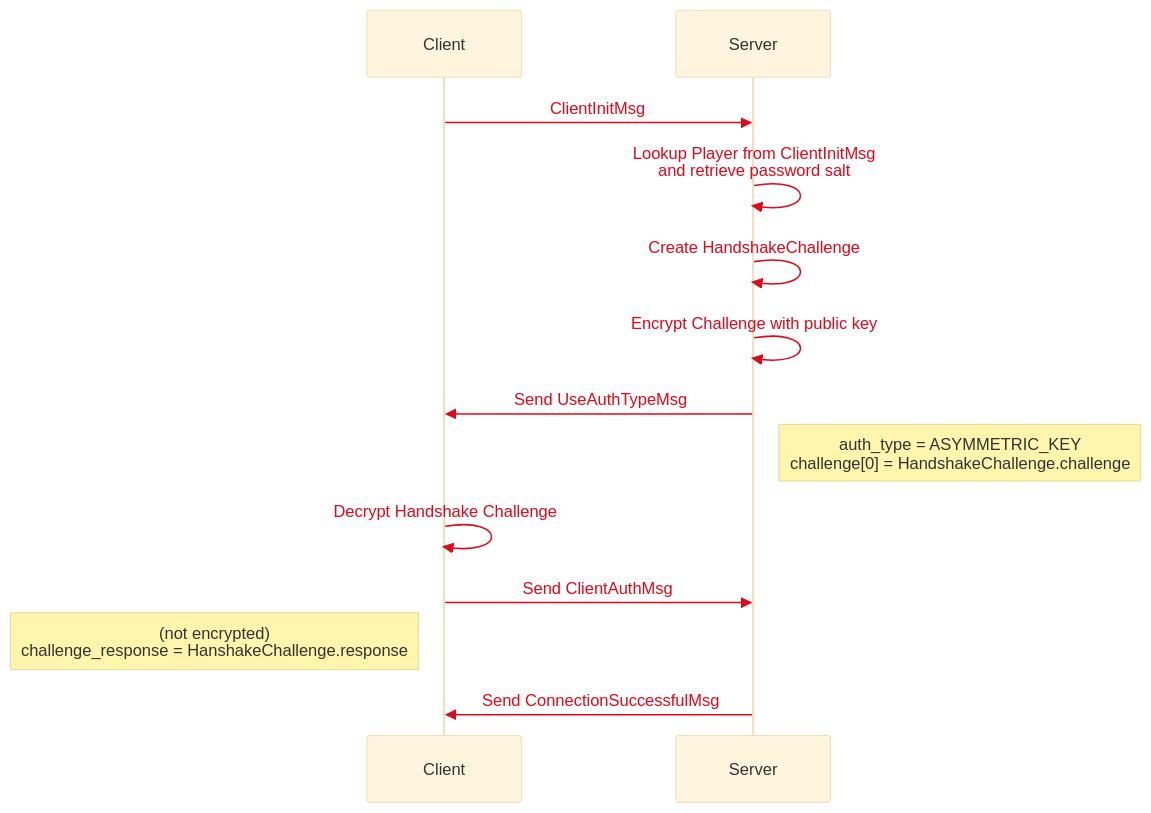
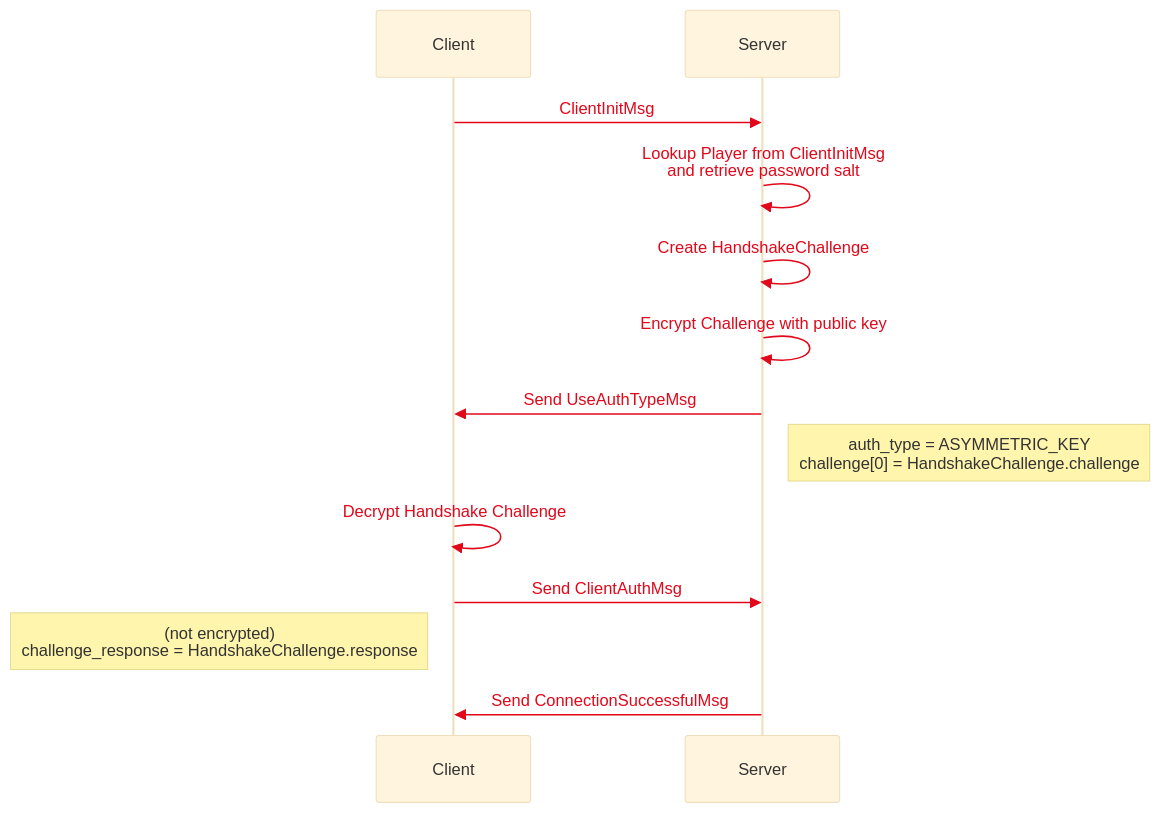
Before and after one commit to cwisniew/rptools-dev-doc: the second of 3 diagrams in docs/authentication/handshake.md, drawn with Mermaid. The commit also changed other lines of this file and 4 other files, not shown here.

````diff
--- a/docs/authentication/handshake.md
+++ b/docs/authentication/handshake.md
@@ -23,15 +25,15 @@
 ```mermaid
 
 %%{init: {'theme': 'base', 'themeVariables': { 'signalColor': '#e0081a', 'textColor': '#e0081a' }}}%%
   sequenceDiagram
     Client->>Server: ClientInitMsg
     Server->>Server: Lookup Player from ClientInitMsg<br/>and retrieve password salt
     Server->>Server: Create HandshakeChallenge
     Server->>Server: Encrypt Challenge with public key
     Server->>Client: Send UseAuthTypeMsg
     Note right of Server: auth_type = ASYMMETRIC_KEY<br/> challenge[0] = HandshakeChallenge.challenge
     Client->>Client: Decrypt Handshake Challenge
     Client->>Server: Send ClientAuthMsg
-    Note left of Client:(not encrypted)<br/>challenge_response = HanshakeChallenge.response
+    Note left of Client:(not encrypted)<br/>challenge_response = HandshakeChallenge.response
     Server->>Client: Send ConnectionSuccessfulMsg
 ```
````
